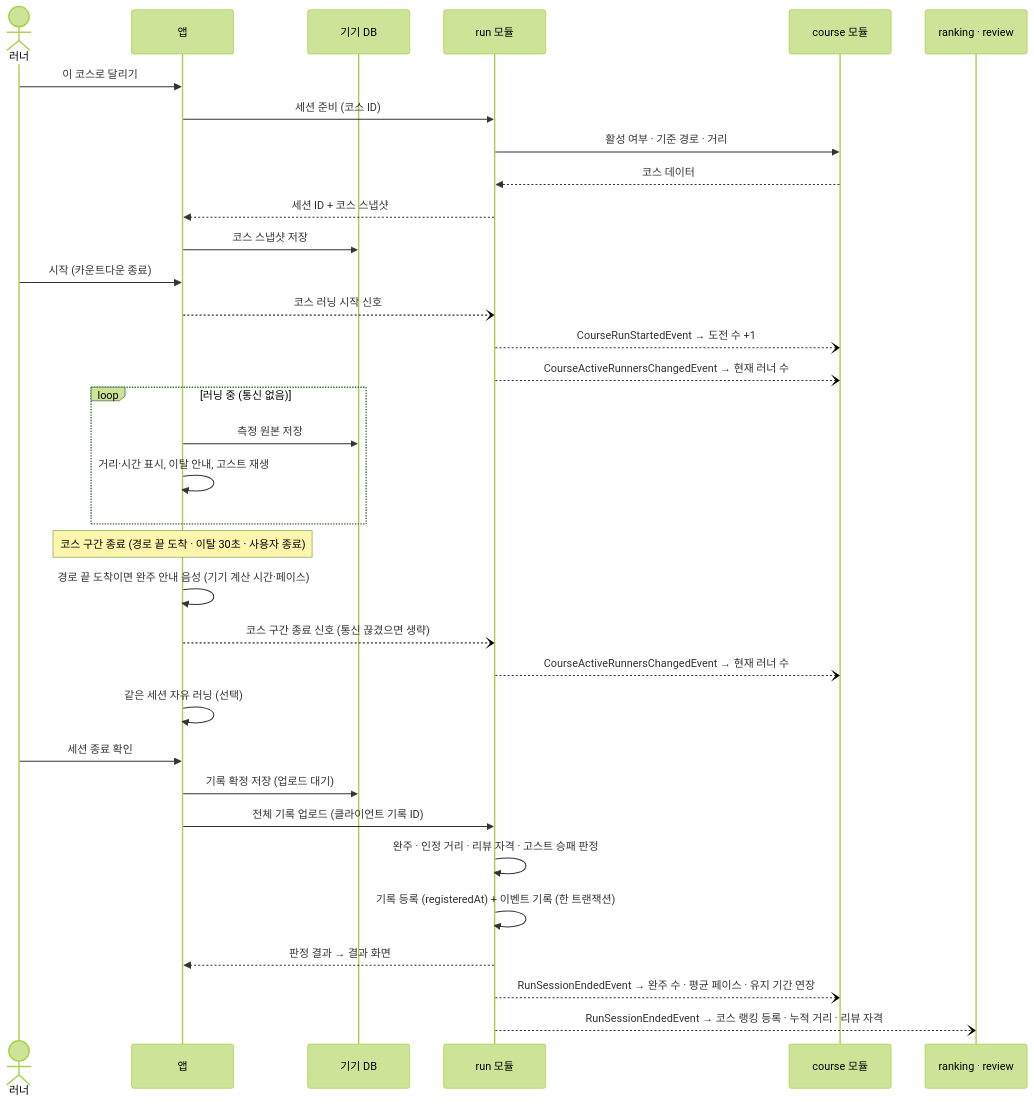
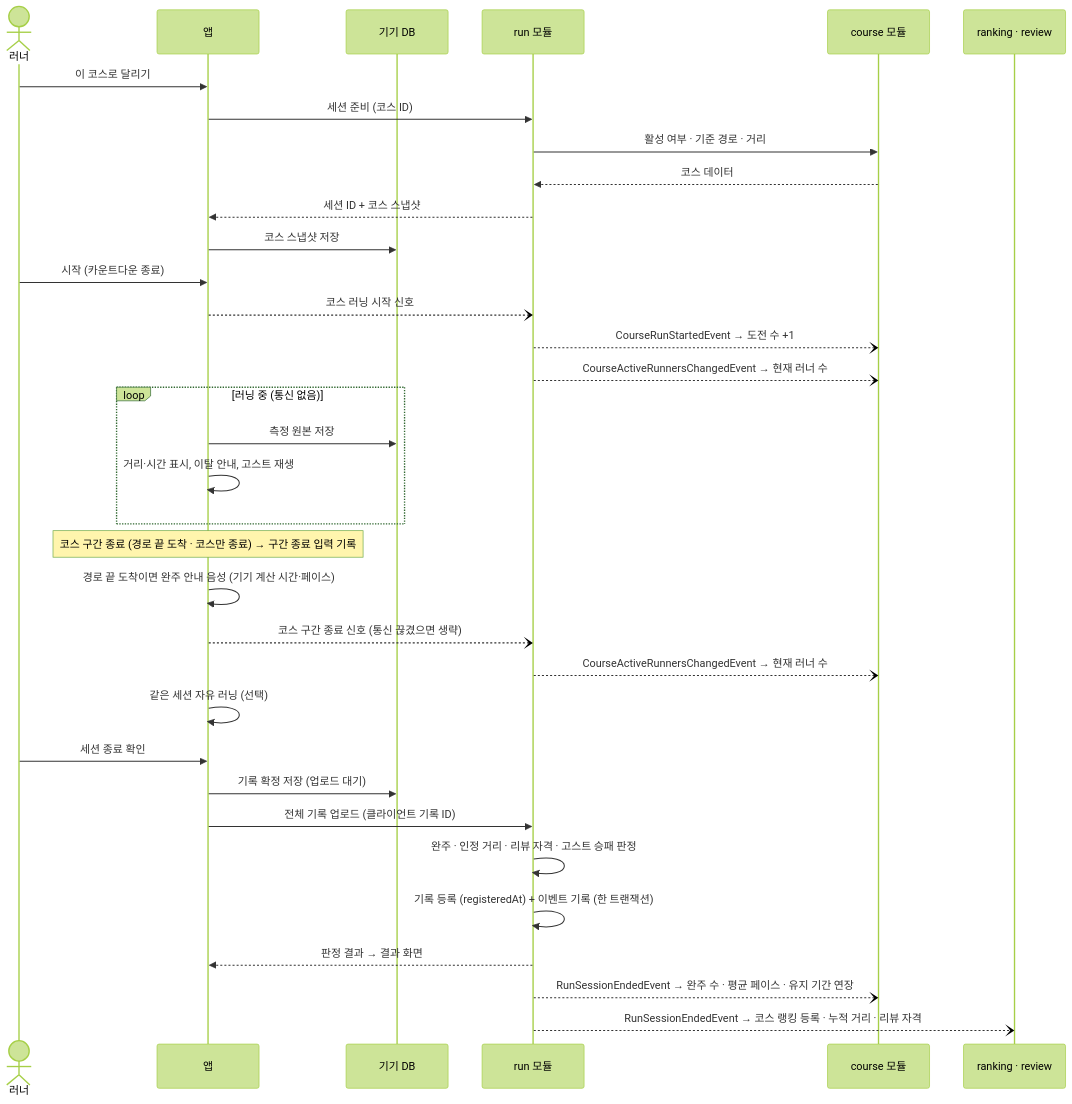
Before and after one commit to SunMoonUniv/WADADAK: the third of 4 diagrams in 개발 정책 v3.md, drawn with Mermaid (forest theme). The commit also changed other lines of this file and 5 other files, not shown here.

````diff
--- a/개발 정책 v3.md
+++ b/개발 정책 v3.md
@@ -314,41 +314,41 @@
 ```mermaid
 sequenceDiagram
     actor U as 러너
     participant A as 앱
     participant L as 기기 DB
     participant R as run 모듈
     participant C as course 모듈
     participant K as ranking · review
 
     U->>A: 이 코스로 달리기
     A->>R: 세션 준비 (코스 ID)
     R->>C: 활성 여부 · 기준 경로 · 거리
     C-->>R: 코스 데이터
     R-->>A: 세션 ID + 코스 스냅샷
     A->>L: 코스 스냅샷 저장
 
     U->>A: 시작 (카운트다운 종료)
     A--)R: 코스 러닝 시작 신호
     R--)C: CourseRunStartedEvent → 도전 수 +1
     R--)C: CourseActiveRunnersChangedEvent → 현재 러너 수
 
     loop 러닝 중 (통신 없음)
         A->>L: 측정 원본 저장
         A->>A: 거리·시간 표시, 이탈 안내, 고스트 재생
     end
 
-    Note over A: 코스 구간 종료 (경로 끝 도착 · 이탈 30초 · 사용자 종료)
+    Note over A: 코스 구간 종료 (경로 끝 도착 · 코스만 종료) → 구간 종료 입력 기록
     A->>A: 경로 끝 도착이면 완주 안내 음성 (기기 계산 시간·페이스)
     A--)R: 코스 구간 종료 신호 (통신 끊겼으면 생략)
     R--)C: CourseActiveRunnersChangedEvent → 현재 러너 수
     A->>A: 같은 세션 자유 러닝 (선택)
 
     U->>A: 세션 종료 확인
     A->>L: 기록 확정 저장 (업로드 대기)
     A->>R: 전체 기록 업로드 (클라이언트 기록 ID)
     R->>R: 완주 · 인정 거리 · 리뷰 자격 · 고스트 승패 판정
     R->>R: 기록 등록 (registeredAt) + 이벤트 기록 (한 트랜잭션)
     R-->>A: 판정 결과 → 결과 화면
     R--)C: RunSessionEndedEvent → 완주 수 · 평균 페이스 · 유지 기간 연장
     R--)K: RunSessionEndedEvent → 코스 랭킹 등록 · 누적 거리 · 리뷰 자격
 ```
````
